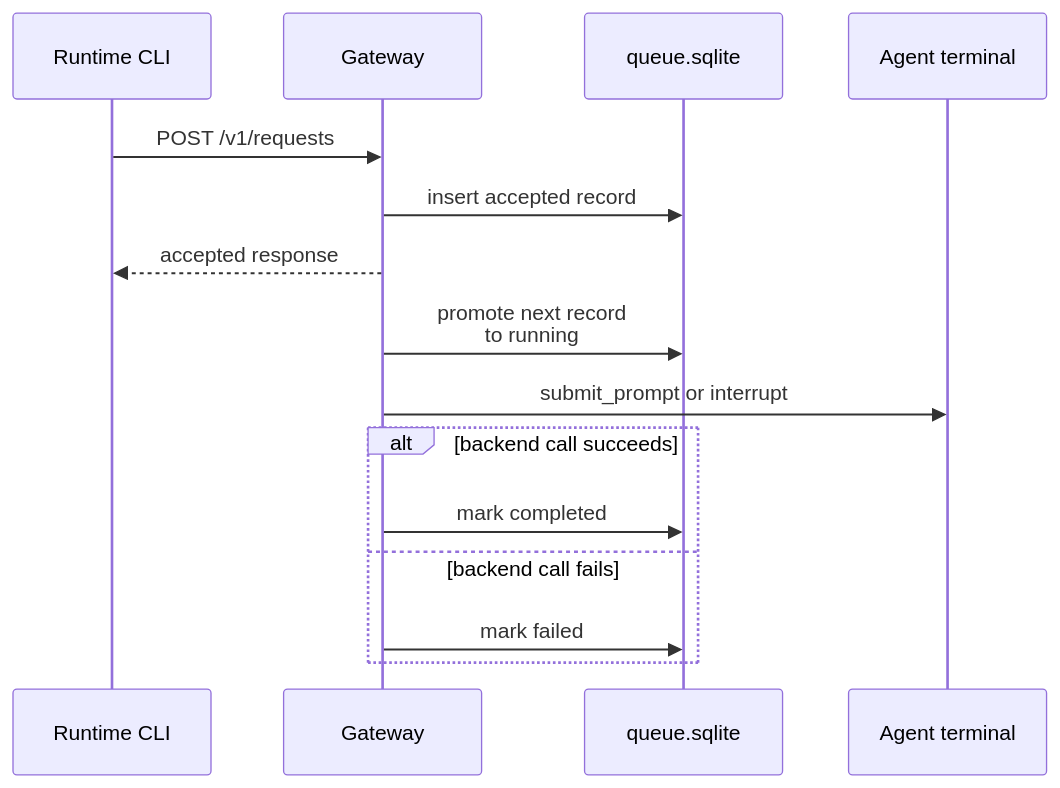
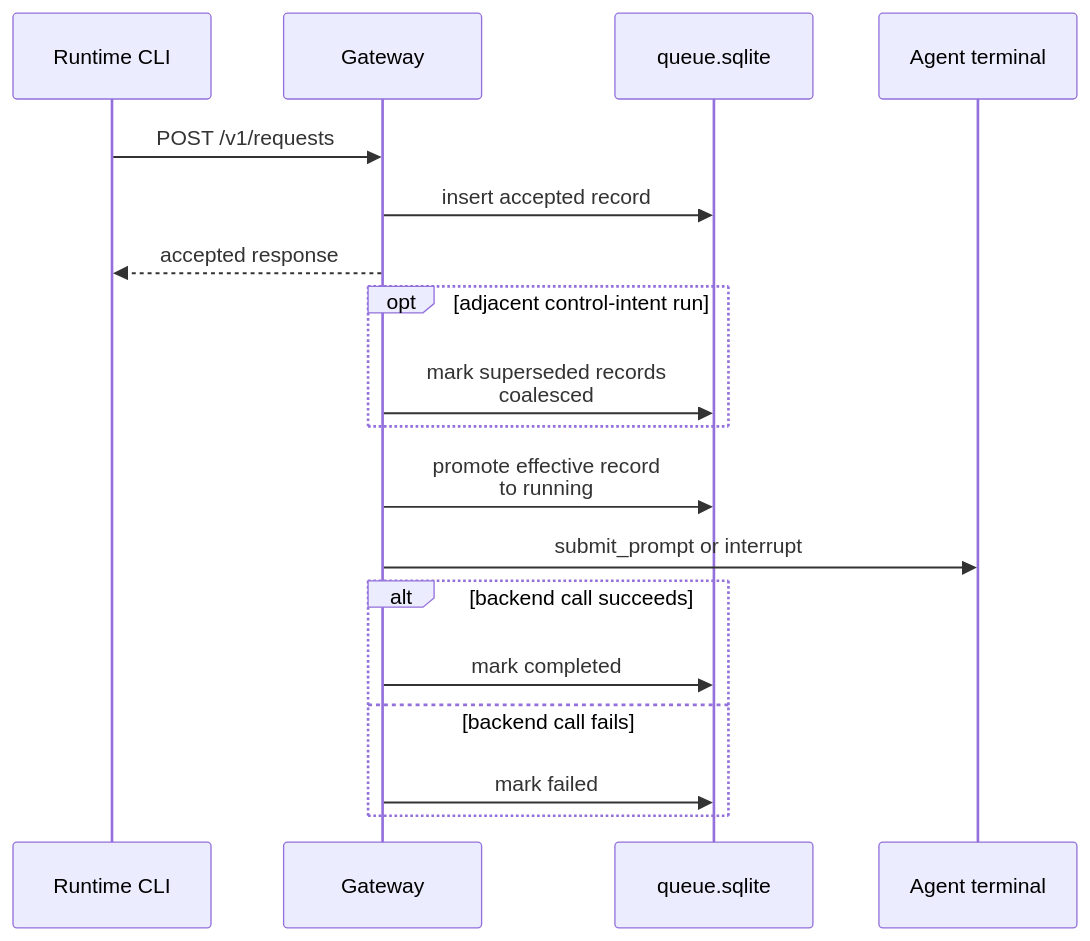
Before and after one commit to igamenovoer/houmao: the first of 2 diagrams in docs/reference/gateway/internals/queue-and-recovery.md, drawn with Mermaid. The commit also changed other lines of this file and 9 other files, not shown here.

````diff
--- a/docs/reference/gateway/internals/queue-and-recovery.md
+++ b/docs/reference/gateway/internals/queue-and-recovery.md
@@ -48,17 +50,20 @@
 ```mermaid
 sequenceDiagram
     participant CLI as Runtime CLI
     participant GW as Gateway
     participant Q as queue.sqlite
     participant Be as Agent terminal
     CLI->>GW: POST /v1/requests
     GW->>Q: insert accepted record
     GW-->>CLI: accepted response
-    GW->>Q: promote next record<br/>to running
+    opt adjacent control-intent run
+        GW->>Q: mark superseded records<br/>coalesced
+    end
+    GW->>Q: promote effective record<br/>to running
     GW->>Be: submit_prompt or interrupt
     alt backend call succeeds
         GW->>Q: mark completed
     else backend call fails
         GW->>Q: mark failed
     end
 ```
````
